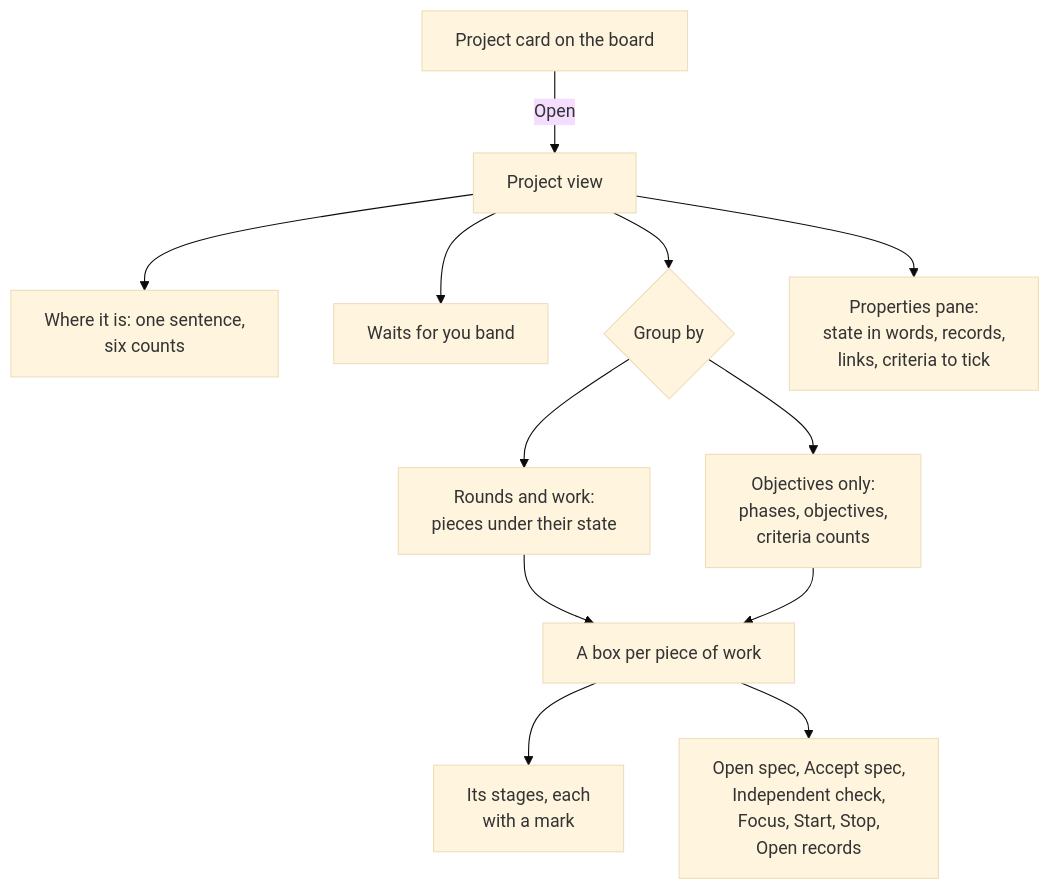
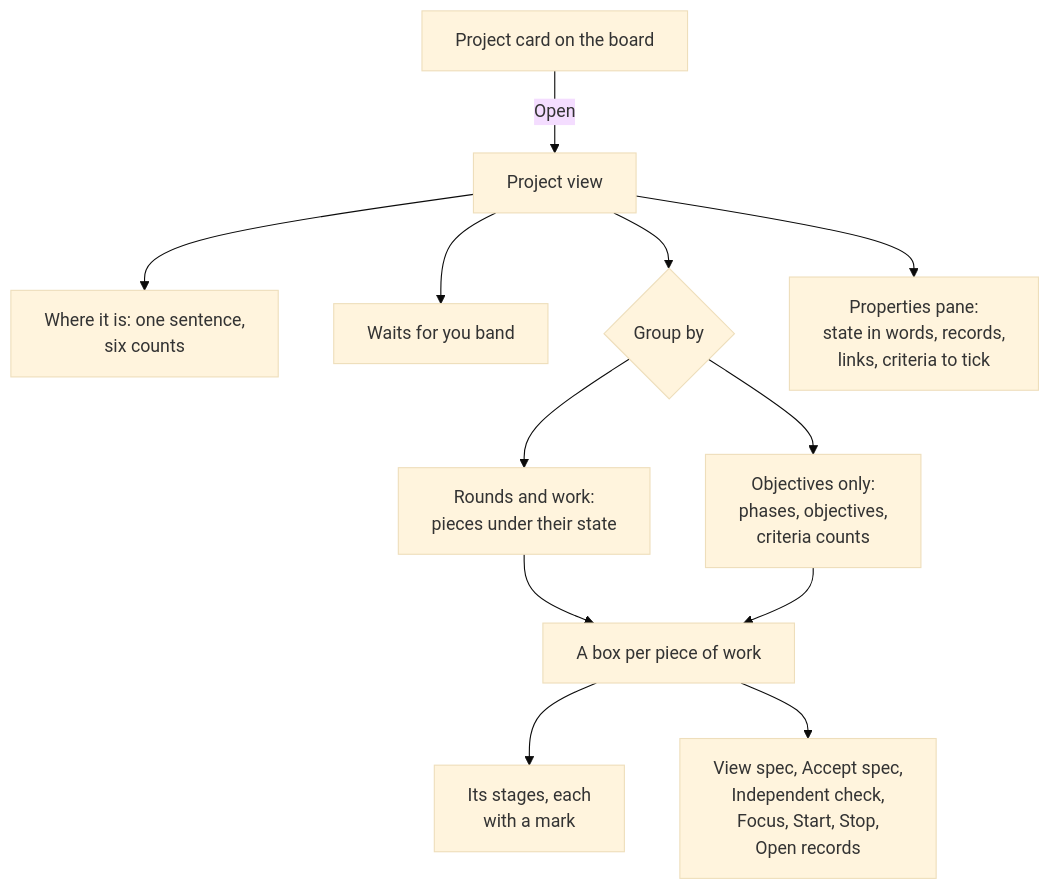
Before and after one commit to nigelbasel/Theseus: diagram 28 of 42 in docs/factory-guide.md, drawn with Mermaid (base theme). The commit also changed other lines of this file and 349 other files, not shown here.

````diff
--- a/docs/factory-guide.md
+++ b/docs/factory-guide.md
@@ -995,14 +1021,14 @@
 ```mermaid
 flowchart TB
   PC["Project card on the board"] -->|Open| PV["Project view"]
   PV --> SUM["Where it is: one sentence,<br/>six counts"]
   PV --> WFY["Waits for you band"]
   PV --> LENS{"Group by"}
   LENS --> RW["Rounds and work:<br/>pieces under their state"]
   LENS --> OO["Objectives only:<br/>phases, objectives,<br/>criteria counts"]
   RW --> BOX["A box per piece of work"]
   OO --> BOX
   BOX --> STG["Its stages, each<br/>with a mark"]
-  BOX --> ACT["Open spec, Accept spec,<br/>Independent check,<br/>Focus, Start, Stop,<br/>Open records"]
+  BOX --> ACT["View spec, Accept spec,<br/>Independent check,<br/>Focus, Start, Stop,<br/>Open records"]
   PV --> PROP["Properties pane:<br/>state in words, records,<br/>links, criteria to tick"]
 ```
````
